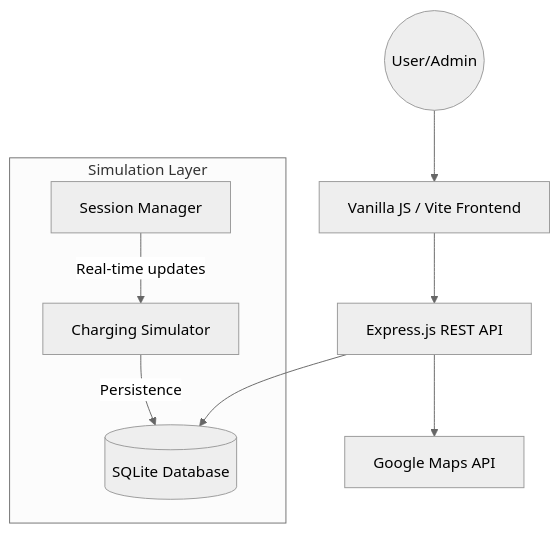
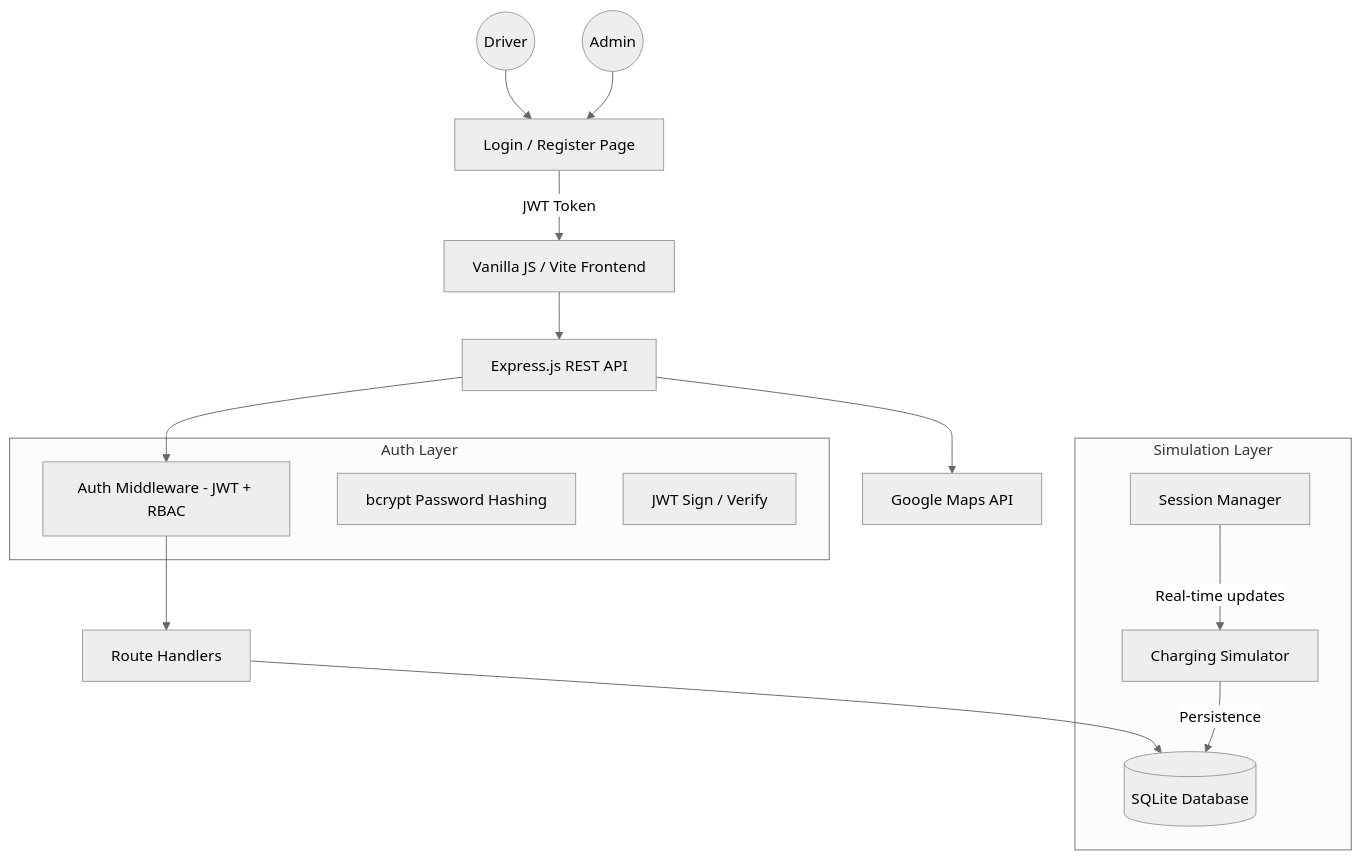
One commit to volkansungar/ChargeMe changed the diagram in README.md. Above: the diagram before and after it, drawn with Mermaid (neutral theme). The commit also changed other lines of this file, not shown here.

````diff
--- a/README.md
+++ b/README.md
@@ -25,14 +29,24 @@
 ```mermaid
 graph TD
-    User((User/Admin)) --> WebUI[Vanilla JS / Vite Frontend]
+    User((Driver)) --> LoginUI[Login / Register Page]
+    Admin((Admin)) --> LoginUI
+    LoginUI -->|JWT Token| WebUI[Vanilla JS / Vite Frontend]
     WebUI --> API[Express.js REST API]
-    API --> DB[(SQLite Database)]
+    API --> AuthMW[Auth Middleware - JWT + RBAC]
+    AuthMW --> Routes[Route Handlers]
+    Routes --> DB[(SQLite Database)]
     API --> Maps[Google Maps API]
+    
+    subgraph "Auth Layer"
+        AuthMW
+        BCrypt[bcrypt Password Hashing]
+        JWTSign[JWT Sign / Verify]
+    end
     
     subgraph "Simulation Layer"
         SessionManager[Session Manager]
         ChargeSim[Charging Simulator]
         SessionManager -->|Real-time updates| ChargeSim
         ChargeSim -->|Persistence| DB
     end
 ```
````
